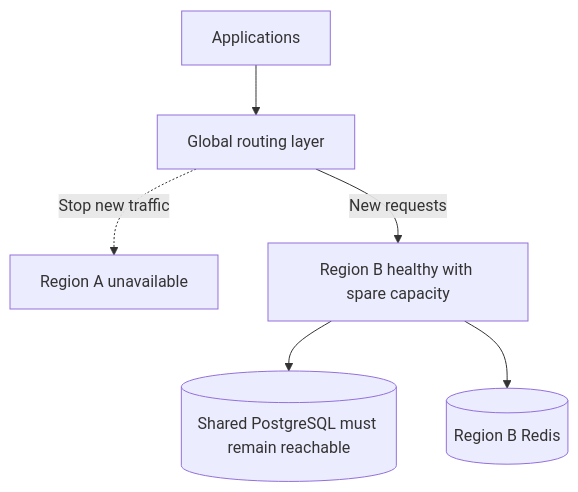
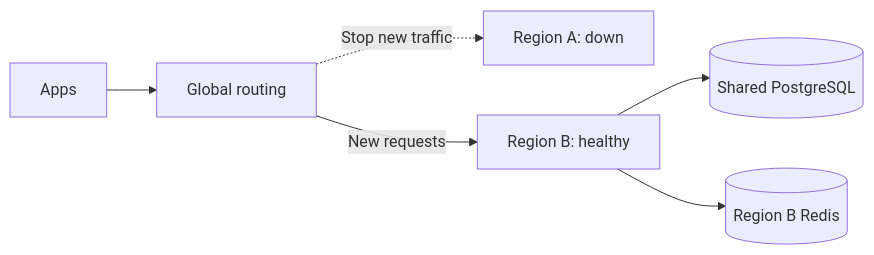
One commit to BerriAI/litellm-docs changed the diagram in docs/proxy/deploy/multi_region/failover.md. Above: the diagram before and after it, drawn with Mermaid. The commit also changed 12 other files, not shown here.

Commit message:
docs: compact architecture diagrams for laptop viewing

````diff
--- a/docs/proxy/deploy/multi_region/failover.md
+++ b/docs/proxy/deploy/multi_region/failover.md
@@ -13,8 +13,8 @@
 ```mermaid
-flowchart TB
-    Clients[Applications] --> Route[Global routing layer]
-    Route -.->|Stop new traffic| A[Region A unavailable]
-    Route -->|New requests| B[Region B healthy with spare capacity]
-    B --> DB[(Shared PostgreSQL must remain reachable)]
+flowchart LR
+    Clients[Apps] --> Route[Global routing]
+    Route -.->|Stop new traffic| A[Region A: down]
+    Route -->|New requests| B[Region B: healthy]
+    B --> DB[(Shared PostgreSQL)]
     B --> Redis[(Region B Redis)]
 ```
````
